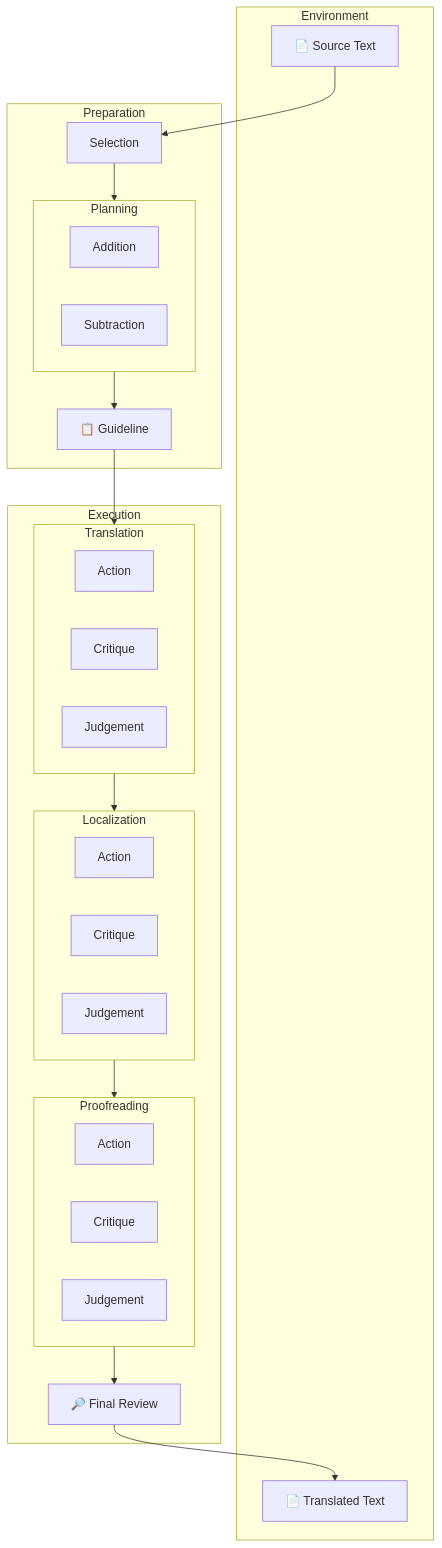
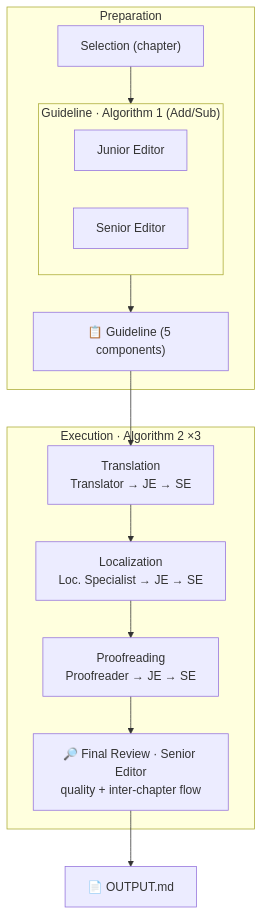
Before and after one commit to jezhou/claude-code-book-translation: the diagram in README.md, drawn with Mermaid. The commit also changed other lines of this file and 25 other files, not shown here.

````diff
--- a/README.md
+++ b/README.md
@@ -54,41 +23,23 @@
 ```mermaid
 flowchart TD
-    subgraph ENV["Environment"]
-        SRC["📄 Source Text"]
-        TGT["📄 Translated Text"]
-    end
-
     subgraph PREP["Preparation"]
-        SEL["Selection"]
-        subgraph PLAN["Planning"]
-            ADD["Addition"]
-            SUB["Subtraction"]
+        SEL["Selection (chapter)"]
+        subgraph PLAN["Guideline · Algorithm 1 (Add/Sub)"]
+            ADD["Junior Editor"]
+            SUB["Senior Editor"]
         end
-        GUIDE["📋 Guideline"]
+        GUIDE["📋 Guideline (5 components)"]
         SEL --> PLAN --> GUIDE
     end
 
-    subgraph EXEC["Execution"]
-        subgraph TRANS["Translation"]
-            T_ACT["Action"]
-            T_CRIT["Critique"]
-            T_JUDG["Judgement"]
-        end
-        subgraph LOC["Localization"]
-            L_ACT["Action"]
-            L_CRIT["Critique"]
-            L_JUDG["Judgement"]
-        end
-        subgraph PROOF["Proofreading"]
-            P_ACT["Action"]
-            P_CRIT["Critique"]
-            P_JUDG["Judgement"]
-        end
-        FR["🔎 Final Review"]
+    subgraph EXEC["Execution · Algorithm 2 ×3"]
+        TRANS["Translation<br/>Translator → JE → SE"]
+        LOC["Localization<br/>Loc. Specialist → JE → SE"]
+        PROOF["Proofreading<br/>Proofreader → JE → SE"]
+        FR["🔎 Final Review · Senior Editor<br/>quality + inter-chapter flow"]
         TRANS --> LOC --> PROOF --> FR
     end
 
-    SRC --> SEL
     GUIDE --> TRANS
-    FR --> TGT
+    FR --> OUT["📄 OUTPUT.md"]
 ```
````
